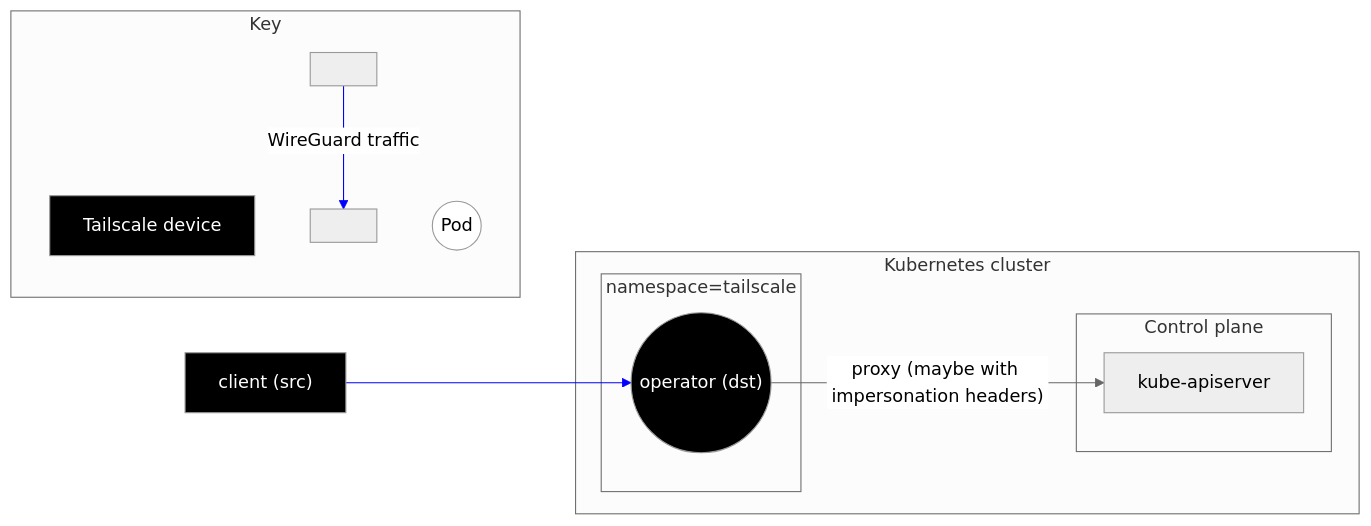
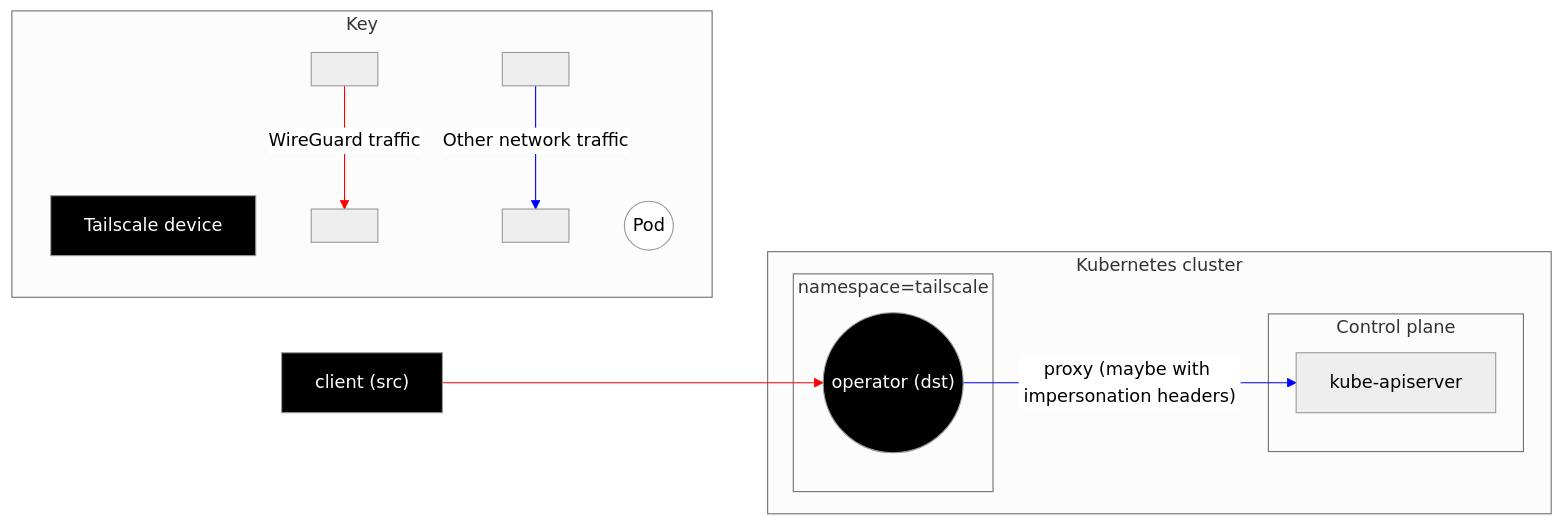
Before and after one commit to tailscale/tailscale: the first of 7 diagrams in docs/k8s/operator-architecture.md, drawn with Mermaid. The commit also changed other lines of this file, not shown here.

Commit message:
Review feedback; more colours + data flow for ProxyGroup

````diff
--- a/docs/k8s/operator-architecture.md
+++ b/docs/k8s/operator-architecture.md
@@ -35,28 +35,33 @@
 ```mermaid
 %%{ init: { 'theme':'neutral' } }%%
 flowchart LR
     classDef tsnode color:#fff,fill:#000;
     classDef pod fill:#fff;
 
     subgraph Key
         ts[Tailscale device]:::tsnode
         pod((Pod)):::pod
-        hidden[" "]-->|WireGuard traffic|hidden2[" "]
+        blank[" "]-->|WireGuard traffic|blank2[" "]
+        blank3[" "]-->|Other network traffic|blank4[" "]
     end
 
     subgraph k8s[Kubernetes cluster]
         subgraph tailscale-ns[namespace=tailscale]
             operator(("operator (dst)")):::tsnode
         end
 
         subgraph controlplane["Control plane"]
             api[kube-apiserver]
         end
     end
+
     client["client (src)"]:::tsnode --> operator
     operator-->|"proxy (maybe with impersonation headers)"| api
 
-    linkStyle 0 stroke:blue;
+    linkStyle 0 stroke:red;
+    linkStyle 2 stroke:red;
+
     linkStyle 1 stroke:blue;
+    linkStyle 3 stroke:blue;
 
 ```
````
